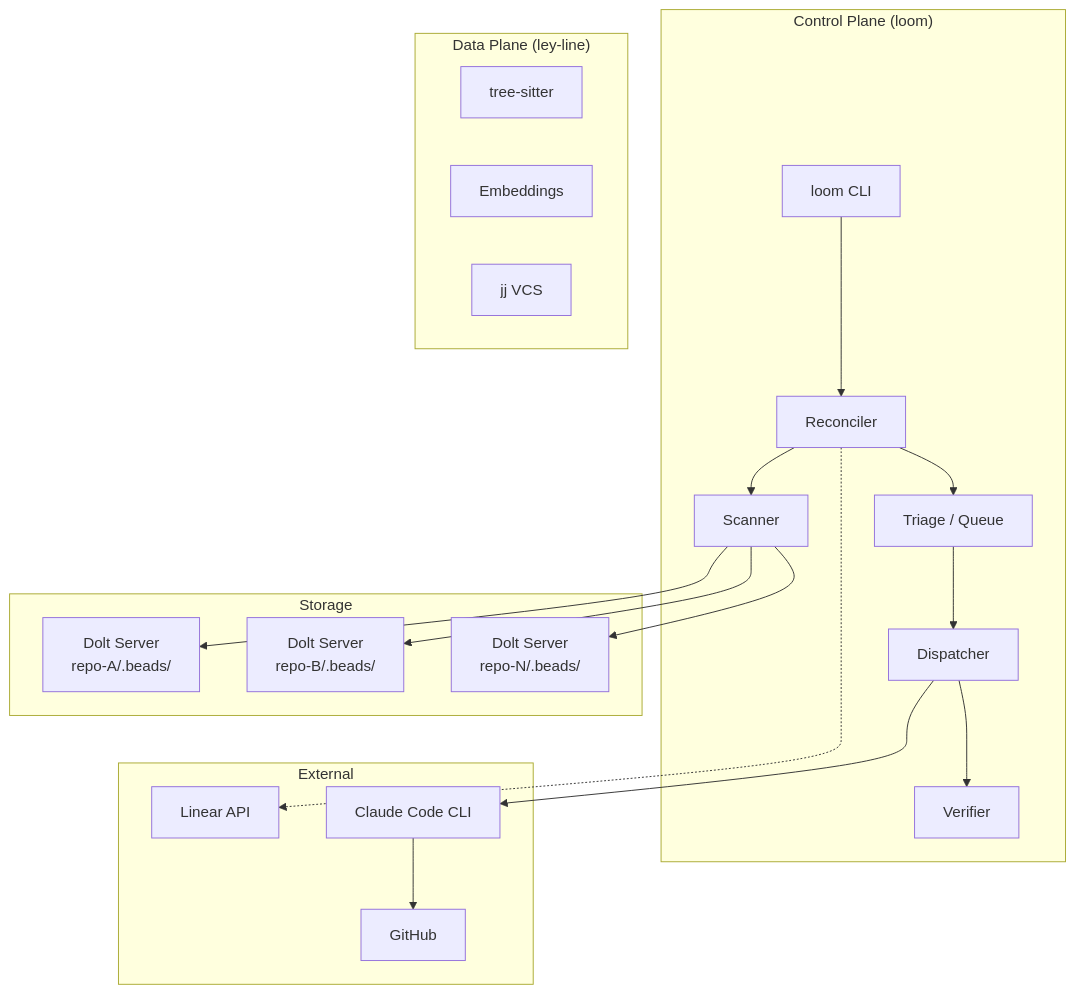
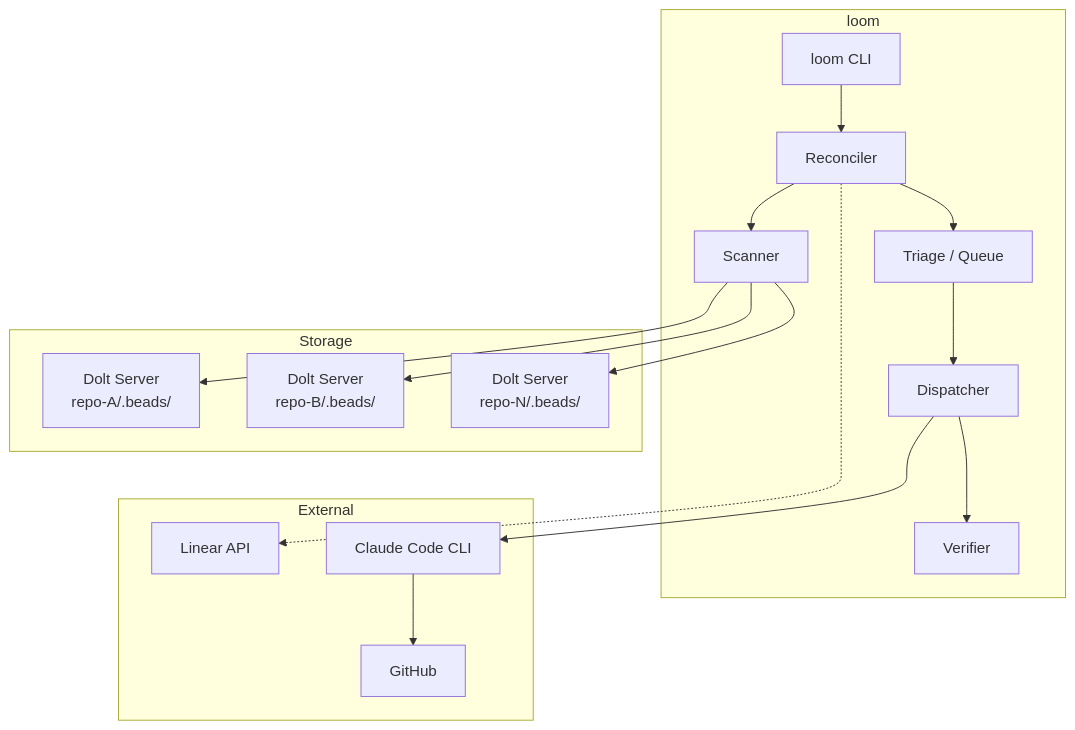
Before and after one commit to agentic-research/rosary: the first of 7 diagrams in docs/ARCHITECTURE.md, drawn with Mermaid. The commit also changed other lines of this file and 7 other files, not shown here.

````diff
--- a/docs/ARCHITECTURE.md
+++ b/docs/ARCHITECTURE.md
@@ -7,37 +7,31 @@
 ```mermaid
 graph TB
-    subgraph "Control Plane (loom)"
+    subgraph "loom"
         CLI[loom CLI]
         RC[Reconciler]
         SC[Scanner]
         TR[Triage / Queue]
         DI[Dispatcher]
         VE[Verifier]
-    end
-
-    subgraph "Data Plane (ley-line)"
-        TS[tree-sitter]
-        EM[Embeddings]
-        JJ[jj VCS]
     end
 
     subgraph "Storage"
         D1[Dolt Server<br/>repo-A/.beads/]
         D2[Dolt Server<br/>repo-B/.beads/]
         DN[Dolt Server<br/>repo-N/.beads/]
     end
 
     subgraph "External"
         LN[Linear API]
         CC[Claude Code CLI]
         GH[GitHub]
     end
 
     CLI --> RC
     RC --> SC --> D1 & D2 & DN
     RC --> TR
     TR --> DI --> CC
     DI --> VE
     RC -.-> LN
     CC --> GH
 ```
````
